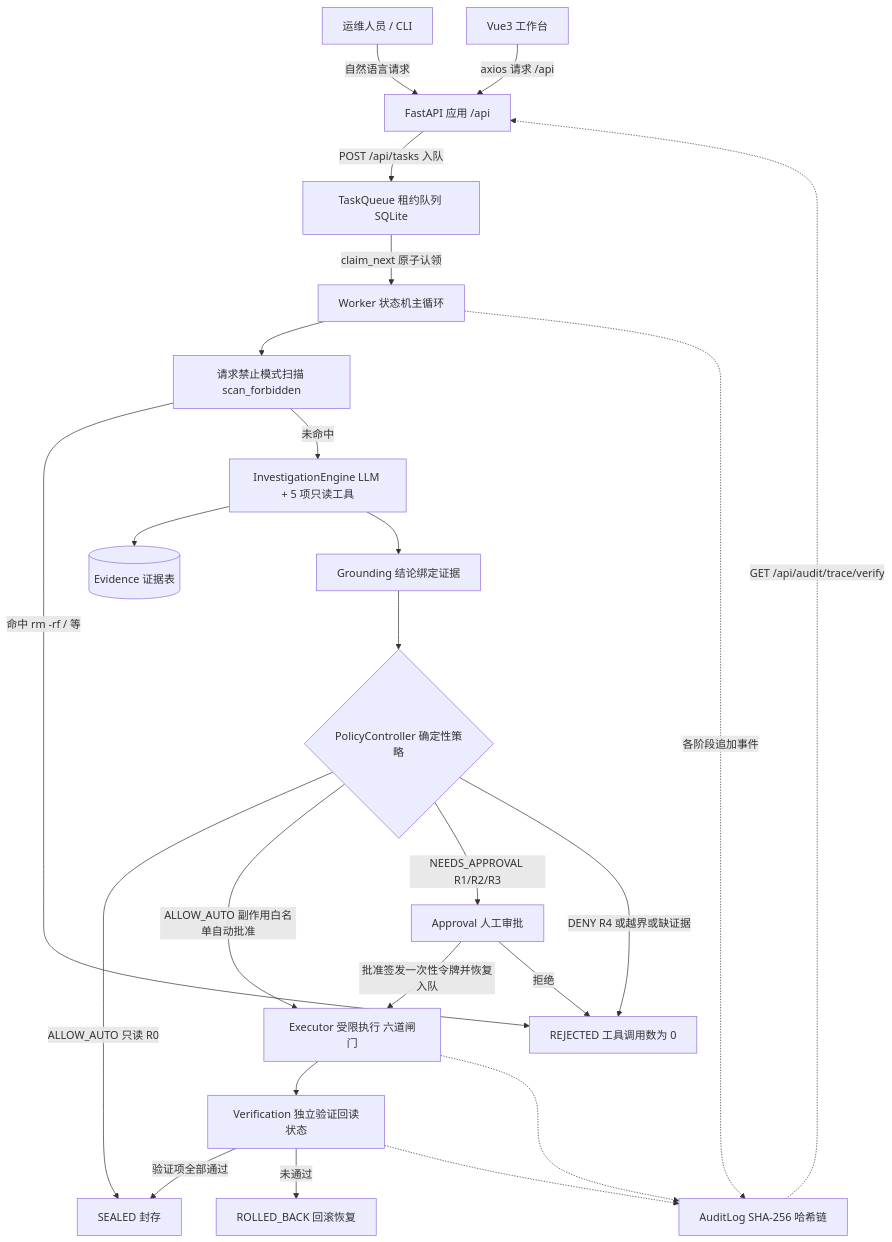
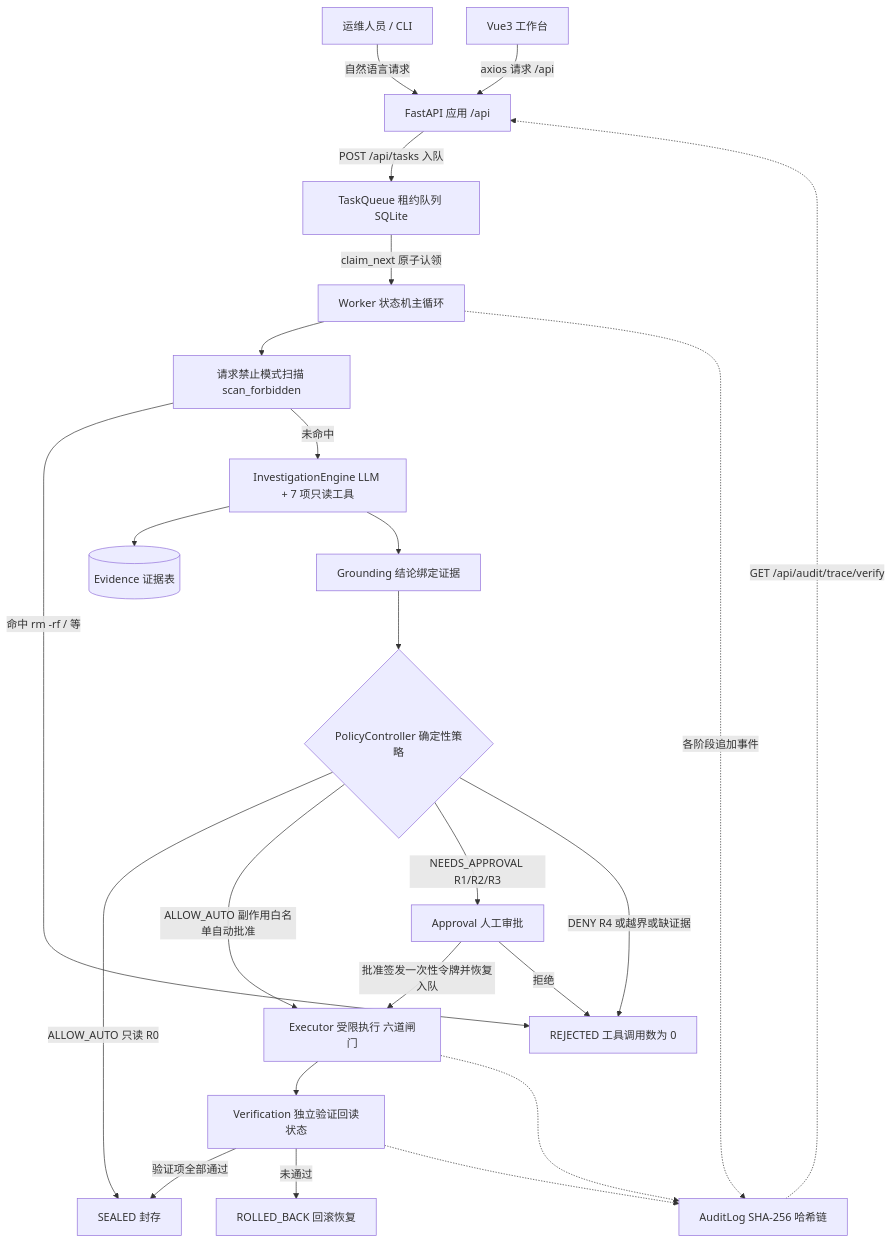
One commit to gdemonc/grad-ops changed the first of 2 diagrams in docs/architecture.md. Above: the diagram before and after it, drawn with Mermaid. The commit also changed other lines of this file and 11 other files, not shown here.

````diff
--- a/docs/architecture.md
+++ b/docs/architecture.md
@@ -9,26 +9,26 @@
 ```mermaid
 flowchart TD
     User["运维人员 / CLI"] -->|"自然语言请求"| API["FastAPI 应用 /api"]
     FE["Vue3 工作台"] -->|"axios 请求 /api"| API
     API -->|"POST /api/tasks 入队"| QUEUE["TaskQueue 租约队列 SQLite"]
     QUEUE -->|"claim_next 原子认领"| WORKER["Worker 状态机主循环"]
     WORKER --> SCAN["请求禁止模式扫描 scan_forbidden"]
     SCAN -->|"命中 rm -rf / 等"| REJ["REJECTED 工具调用数为 0"]
-    SCAN -->|"未命中"| INV["InvestigationEngine LLM + 5 项只读工具"]
+    SCAN -->|"未命中"| INV["InvestigationEngine LLM + 7 项只读工具"]
     INV --> EVID[("Evidence 证据表")]
     INV --> GND["Grounding 结论绑定证据"]
     GND --> POL{"PolicyController 确定性策略"}
     POL -->|"ALLOW_AUTO 只读 R0"| SEAL["SEALED 封存"]
     POL -->|"ALLOW_AUTO 副作用白名单自动批准"| EXEC["Executor 受限执行 六道闸门"]
     POL -->|"NEEDS_APPROVAL R1/R2/R3"| APPR["Approval 人工审批"]
     POL -->|"DENY R4 或越界或缺证据"| REJ
     APPR -->|"批准签发一次性令牌并恢复入队"| EXEC
     APPR -->|"拒绝"| REJ
     EXEC --> VER["Verification 独立验证回读状态"]
     VER -->|"验证项全部通过"| SEAL
     VER -->|"未通过"| ROLL["ROLLED_BACK 回滚恢复"]
     WORKER -.->|"各阶段追加事件"| AUDIT["AuditLog SHA-256 哈希链"]
     EXEC -.-> AUDIT
     VER -.-> AUDIT
     AUDIT -.->|"GET /api/audit/trace/verify"| API
 ```
````
